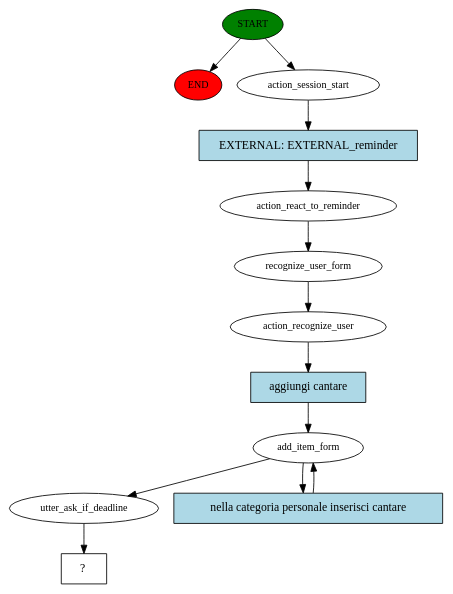
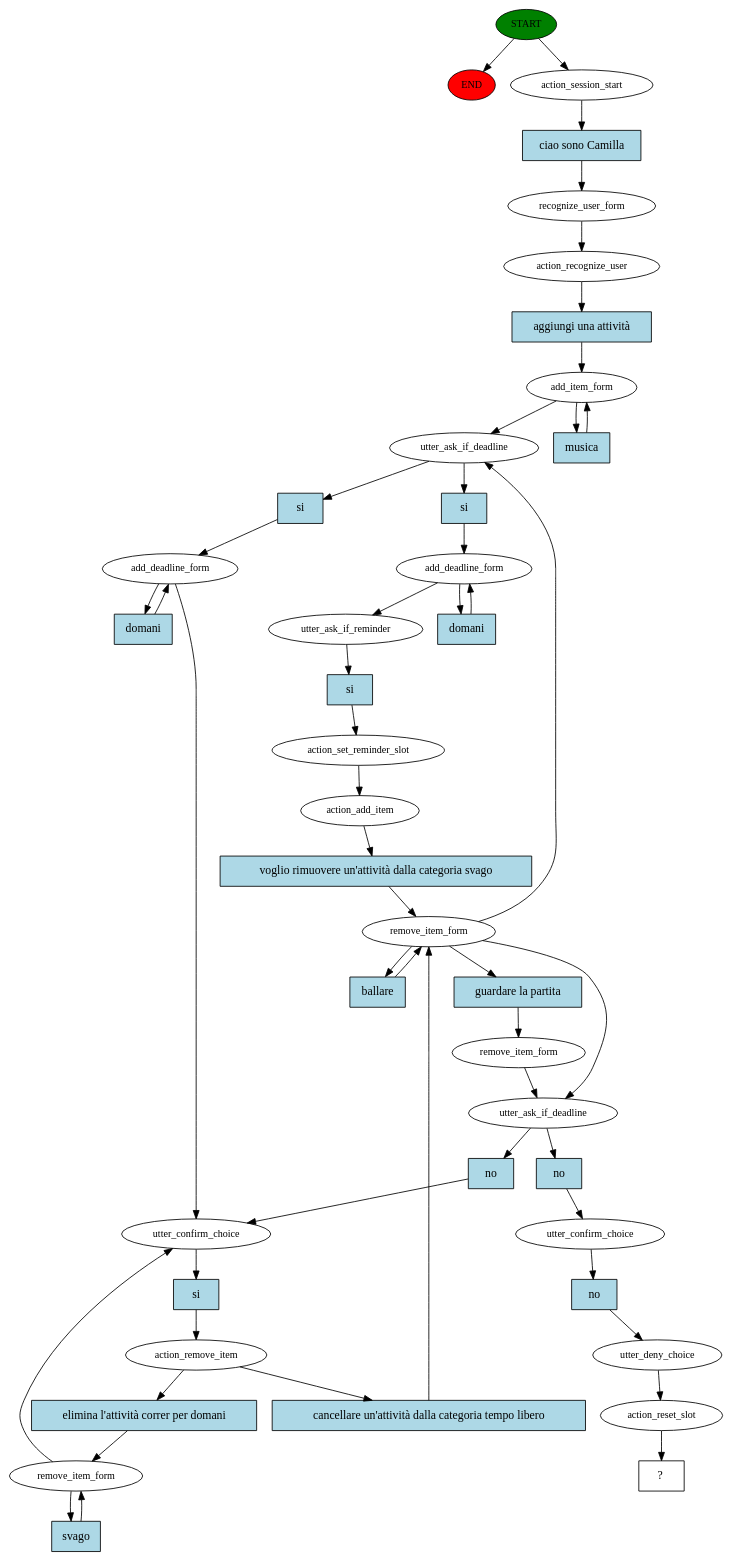
One commit to CamillaSpi/AI-To-Do-Assistant-Robot changed the diagram in src/rasa_ros/Cogrob_rasa_midterm/story_graph.dot. Above: the diagram before and after it, drawn with Graphviz. The commit also changed 4 other files, not shown here.

```diff
--- a/src/rasa_ros/Cogrob_rasa_midterm/story_graph.dot
+++ b/src/rasa_ros/Cogrob_rasa_midterm/story_graph.dot
@@ -1,26 +1,91 @@
 digraph  {
 0 [class="start active", fillcolor=green, fontsize=12, label=START, style=filled];
 "-1" [class=end, fillcolor=red, fontsize=12, label=END, style=filled];
 1 [class=active, fontsize=12, label=action_session_start];
-2 [class=active, fontsize=12, label=action_react_to_reminder];
-3 [class=active, fontsize=12, label=recognize_user_form];
-4 [class=active, fontsize=12, label=action_recognize_user];
-5 [class=active, fontsize=12, label=add_item_form];
-8 [class=active, fontsize=12, label=utter_ask_if_deadline];
-9 [class="intent dashed active", label="  ?  ", shape=rect];
-10 [class="intent active", fillcolor=lightblue, label="EXTERNAL: EXTERNAL_reminder", shape=rect, style=filled];
-11 [class="intent active", fillcolor=lightblue, label="aggiungi cantare", shape=rect, style=filled];
-12 [class="intent active", fillcolor=lightblue, label="nella categoria personale inserisci cantare", shape=rect, style=filled];
+2 [class=active, fontsize=12, label=recognize_user_form];
+3 [class=active, fontsize=12, label=action_recognize_user];
+4 [class=active, fontsize=12, label=add_item_form];
+7 [class=active, fontsize=12, label=utter_ask_if_deadline];
+8 [class=active, fontsize=12, label=add_deadline_form];
+10 [class=active, fontsize=12, label=utter_ask_if_reminder];
+11 [class=active, fontsize=12, label=action_set_reminder_slot];
+12 [class=active, fontsize=12, label=action_add_item];
+13 [class=active, fontsize=12, label=remove_item_form];
+16 [class=active, fontsize=12, label=add_deadline_form];
+18 [class=active, fontsize=12, label=utter_confirm_choice];
+19 [class=active, fontsize=12, label=action_remove_item];
+20 [class=active, fontsize=12, label=remove_item_form];
+28 [class=active, fontsize=12, label=utter_ask_if_deadline];
+32 [class=active, fontsize=12, label=remove_item_form];
+34 [class=active, fontsize=12, label=utter_confirm_choice];
+35 [class=active, fontsize=12, label=utter_deny_choice];
+36 [class=active, fontsize=12, label=action_reset_slot];
+37 [class="intent dashed active", label="  ?  ", shape=rect];
+38 [class="intent active", fillcolor=lightblue, label="ciao sono Camilla", shape=rect, style=filled];
+39 [class="intent active", fillcolor=lightblue, label="aggiungi una attività", shape=rect, style=filled];
+40 [class="intent active", fillcolor=lightblue, label=musica, shape=rect, style=filled];
+41 [class="intent active", fillcolor=lightblue, label=si, shape=rect, style=filled];
+42 [class="intent active", fillcolor=lightblue, label=si, shape=rect, style=filled];
+43 [class="intent active", fillcolor=lightblue, label=domani, shape=rect, style=filled];
+44 [class="intent active", fillcolor=lightblue, label=si, shape=rect, style=filled];
+45 [class="intent active", fillcolor=lightblue, label="voglio rimuovere un'attività dalla categoria svago", shape=rect, style=filled];
+46 [class="intent active", fillcolor=lightblue, label=ballare, shape=rect, style=filled];
+47 [class="intent active", fillcolor=lightblue, label="guardare la partita", shape=rect, style=filled];
+48 [class="intent active", fillcolor=lightblue, label=domani, shape=rect, style=filled];
+49 [class="intent active", fillcolor=lightblue, label=si, shape=rect, style=filled];
+50 [class="intent active", fillcolor=lightblue, label="elimina l'attività correr per domani", shape=rect, style=filled];
+51 [class="intent active", fillcolor=lightblue, label="cancellare un'attività dalla categoria tempo libero", shape=rect, style=filled];
+52 [class="intent active", fillcolor=lightblue, label=svago, shape=rect, style=filled];
+53 [class="intent active", fillcolor=lightblue, label=no, shape=rect, style=filled];
+54 [class="intent active", fillcolor=lightblue, label=no, shape=rect, style=filled];
+55 [class="intent active", fillcolor=lightblue, label=no, shape=rect, style=filled];
 0 -> "-1"  [class="", key=NONE, label=""];
 0 -> 1  [class=active, key=NONE, label=""];
-1 -> 10  [class=active, key=0];
+1 -> 38  [class=active, key=0];
 2 -> 3  [class=active, key=NONE, label=""];
-3 -> 4  [class=active, key=NONE, label=""];
-4 -> 11  [class=active, key=0];
-5 -> 8  [class=active, key=NONE, label=""];
-5 -> 12  [class=active, key=0];
-8 -> 9  [class=active, key=NONE, label=""];
-10 -> 2  [class=active, key=0];
-11 -> 5  [class=active, key=0];
-12 -> 5  [class=active, key=0];
+3 -> 39  [class=active, key=0];
+4 -> 7  [class=active, key=NONE, label=""];
+4 -> 40  [class=active, key=0];
+7 -> 41  [class=active, key=0];
+7 -> 42  [class=active, key=0];
+8 -> 10  [class=active, key=NONE, label=""];
+8 -> 43  [class=active, key=0];
+10 -> 44  [class=active, key=0];
+11 -> 12  [class=active, key=NONE, label=""];
+12 -> 45  [class=active, key=0];
+13 -> 7  [class=active, key=NONE, label=""];
+13 -> 28  [class=active, key=NONE, label=""];
+13 -> 46  [class=active, key=0];
+13 -> 47  [class=active, key=0];
+16 -> 18  [class=active, key=NONE, label=""];
+16 -> 48  [class=active, key=0];
+18 -> 49  [class=active, key=0];
+19 -> 50  [class=active, key=0];
+19 -> 51  [class=active, key=0];
+20 -> 18  [class=active, key=NONE, label=""];
+20 -> 52  [class=active, key=0];
+28 -> 53  [class=active, key=0];
+28 -> 54  [class=active, key=0];
+32 -> 28  [class=active, key=NONE, label=""];
+34 -> 55  [class=active, key=0];
+35 -> 36  [class=active, key=NONE, label=""];
+36 -> 37  [class=active, key=NONE, label=""];
+38 -> 2  [class=active, key=0];
+39 -> 4  [class=active, key=0];
+40 -> 4  [class=active, key=0];
+41 -> 8  [class=active, key=0];
+42 -> 16  [class=active, key=0];
+43 -> 8  [class=active, key=0];
+44 -> 11  [class=active, key=0];
+45 -> 13  [class=active, key=0];
+46 -> 13  [class=active, key=0];
+47 -> 32  [class=active, key=0];
+48 -> 16  [class=active, key=0];
+49 -> 19  [class=active, key=0];
+50 -> 20  [class=active, key=0];
+51 -> 13  [class=active, key=0];
+52 -> 20  [class=active, key=0];
+53 -> 18  [class=active, key=0];
+54 -> 34  [class=active, key=0];
+55 -> 35  [class=active, key=0];
 }
```
